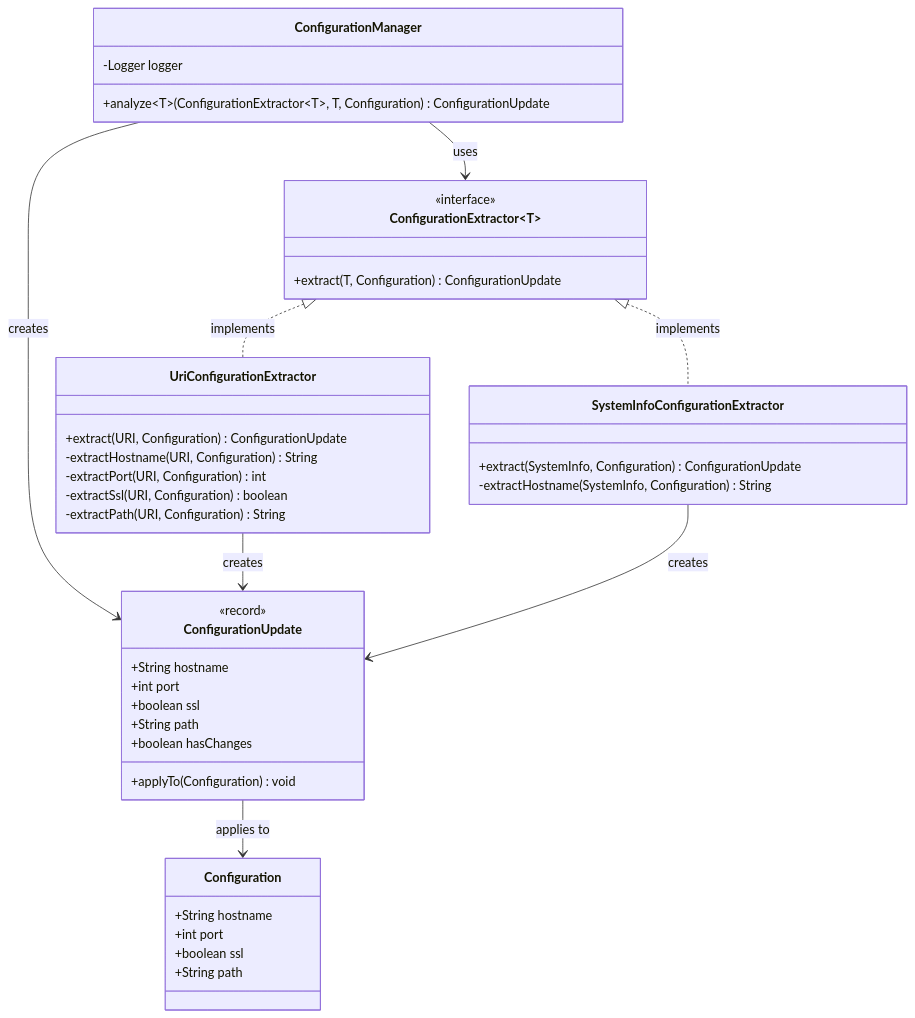
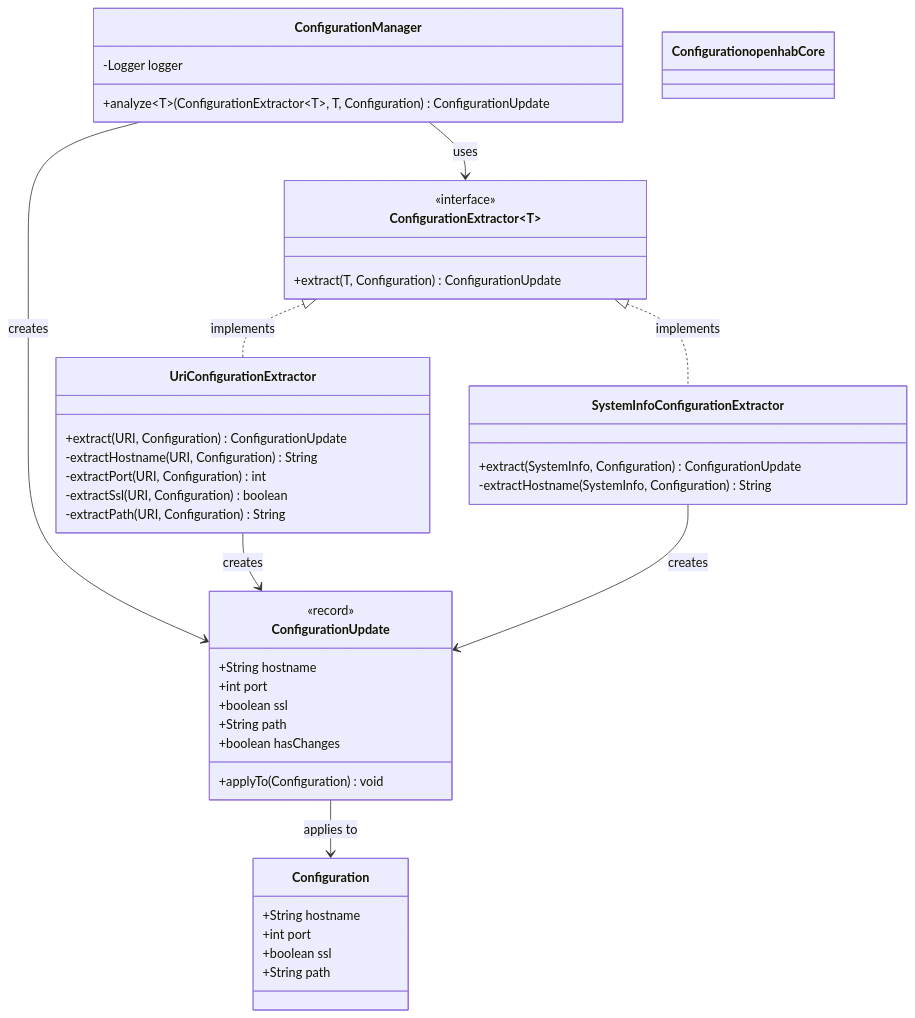
Before and after one commit to openhab/openhab-addons: the diagram in bundles/org.openhab.binding.jellyfin/docs/architecture/configuration-management.md, drawn with Mermaid. The commit also changed 5 other files, not shown here.

First line of the commit message:
🎨 docs: Apply color scheme to Mermaid diagrams using classDef

````diff
--- a/bundles/org.openhab.binding.jellyfin/docs/architecture/configuration-management.md
+++ b/bundles/org.openhab.binding.jellyfin/docs/architecture/configuration-management.md
@@ -33,55 +33,59 @@
 ```mermaid
 classDiagram
     %% Main manager and strategy interface
     class ConfigurationManager {
         -Logger logger
         +analyze~T~(ConfigurationExtractor~T~, T, Configuration) ConfigurationUpdate
     }
 
     class ConfigurationExtractor~T~ {
         <<interface>>
         +extract(T, Configuration) ConfigurationUpdate
     }
 
     %% Concrete strategy implementations
     class UriConfigurationExtractor {
         +extract(URI, Configuration) ConfigurationUpdate
         -extractHostname(URI, Configuration) String
         -extractPort(URI, Configuration) int
         -extractSsl(URI, Configuration) boolean
         -extractPath(URI, Configuration) String
     }
 
     class SystemInfoConfigurationExtractor {
         +extract(SystemInfo, Configuration) ConfigurationUpdate
         -extractHostname(SystemInfo, Configuration) String
     }
 
     %% Immutable result record
     class ConfigurationUpdate {
         <<record>>
         +String hostname
         +int port
         +boolean ssl
         +String path
         +boolean hasChanges
         +applyTo(Configuration) void
     }
 
     %% Configuration class
     class Configuration {
         +String hostname
         +int port
         +boolean ssl
         +String path
     }
 
     %% Relationships
     ConfigurationManager --> ConfigurationExtractor : uses
     ConfigurationManager --> ConfigurationUpdate : creates
     ConfigurationExtractor <|.. UriConfigurationExtractor : implements
     ConfigurationExtractor <|.. SystemInfoConfigurationExtractor : implements
     UriConfigurationExtractor --> ConfigurationUpdate : creates
     SystemInfoConfigurationExtractor --> ConfigurationUpdate : creates
     ConfigurationUpdate --> Configuration : applies to
+
+    %% Color scheme for external libraries
+    classDef openhabCore fill:#ffb366,stroke:#cc8533,color:#000
+    class Configuration openhabCore
 ```
````
